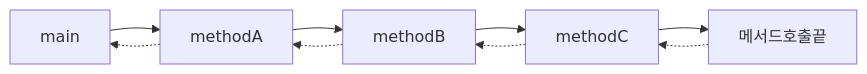
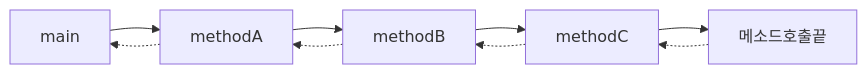
The diagram in _posts/2024-05-29-객체지향-프로그래밍-oop-2.md (kbyunghoon/new_repository), drawn with Mermaid before and after one commit. The commit also changed other lines of this file and 4 other files, not shown here.

````diff
--- a/_posts/2024-05-29-객체지향-프로그래밍-oop-2.md
+++ b/_posts/2024-05-29-객체지향-프로그래밍-oop-2.md
@@ -22,4 +25,4 @@
 ```mermaid
 flowchart LR
-main --> methodA --> methodB --> methodC --> 메서드호출끝 -.-> methodC -.-> methodB -.-> methodA -.-> main
+main --> methodA --> methodB --> methodC --> 메소드호출끝 -.-> methodC -.-> methodB -.-> methodA -.-> main
 ```
````
